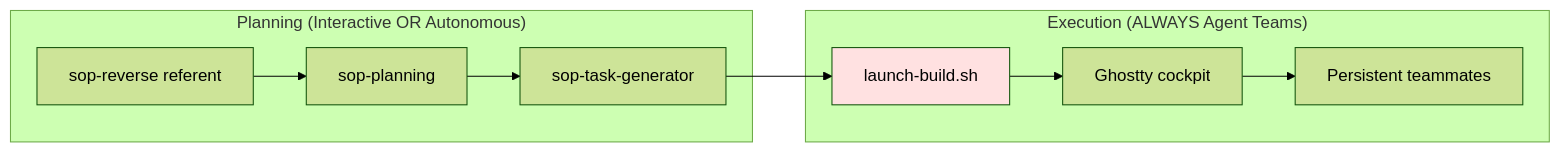
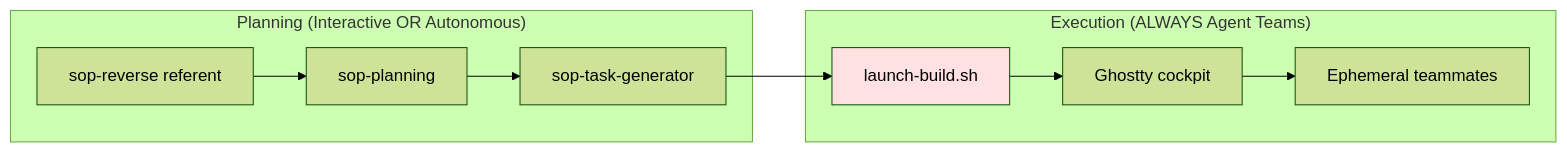
Before and after one commit to Dario-Arcos/ai-framework: the diagram in skills/ralph-orchestrator/references/execution-paths.md, drawn with Mermaid (forest theme). The commit also changed other lines of this file and 22 other files, not shown here.

````diff
--- a/skills/ralph-orchestrator/references/execution-paths.md
+++ b/skills/ralph-orchestrator/references/execution-paths.md
@@ -167,15 +173,15 @@
 ```mermaid
 graph LR
     subgraph "Planning (Interactive OR Autonomous)"
         A[sop-reverse referent] --> B[sop-planning]
         B --> C[sop-task-generator]
     end
 
     subgraph "Execution (ALWAYS Agent Teams)"
         C --> D[launch-build.sh]
         D --> E[Ghostty cockpit]
-        E --> F[Persistent teammates]
+        E --> F[Ephemeral teammates]
     end
 
     style D fill:#ffe1e1
 ```
````
